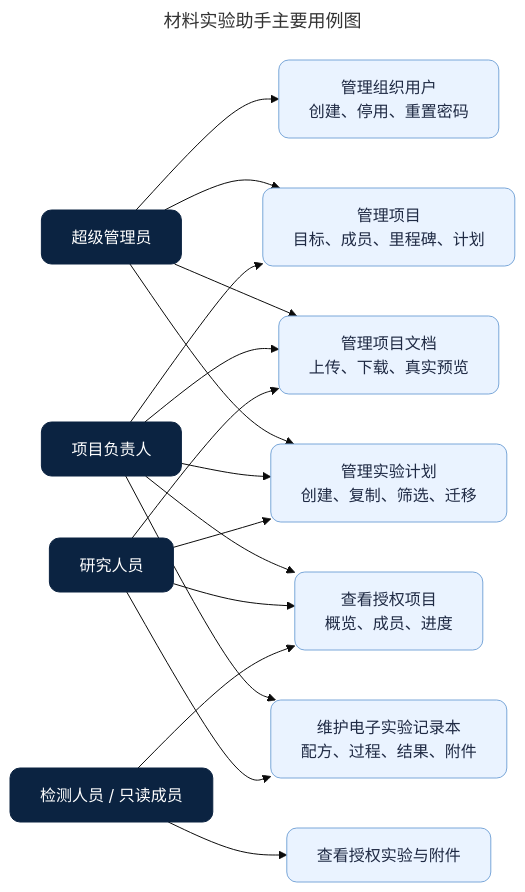
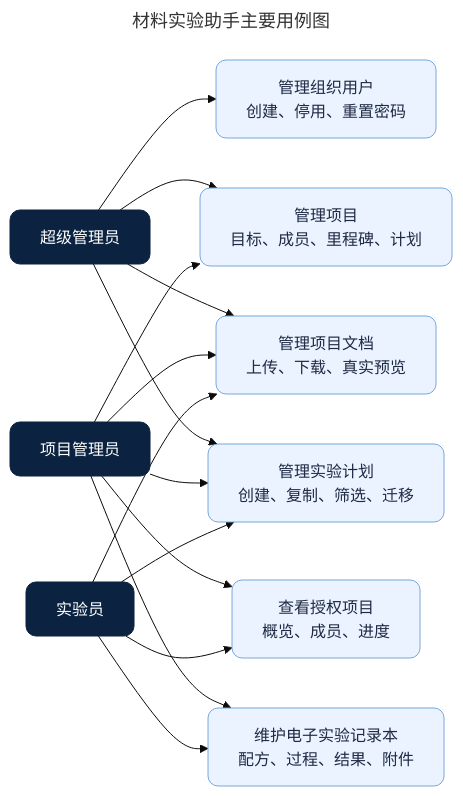
One commit to bujiuzhi/labAssistant changed the second of 4 diagrams in docs/overview-design.md. Above: the diagram before and after it, drawn with Mermaid (base theme). The commit also changed other lines of this file and 89 other files, not shown here.

````diff
--- a/docs/overview-design.md
+++ b/docs/overview-design.md
@@ -109,37 +110,32 @@
 ```mermaid
 ---
 title: 材料实验助手主要用例图
 ---
 flowchart LR
     Admin["超级管理员"]:::actor
-    Manager["项目负责人"]:::actor
-    Researcher["研究人员"]:::actor
-    Inspector["检测人员 / 只读成员"]:::actor
+    Manager["项目管理员"]:::actor
+    Researcher["实验员"]:::actor
 
     UserAdmin["管理组织用户<br/>创建、停用、重置密码"]:::usecase
     ProjectAdmin["管理项目<br/>目标、成员、里程碑、计划"]:::usecase
     ProjectRead["查看授权项目<br/>概览、成员、进度"]:::usecase
     Document["管理项目文档<br/>上传、下载、真实预览"]:::usecase
     Experiment["管理实验计划<br/>创建、复制、筛选、迁移"]:::usecase
     Eln["维护电子实验记录本<br/>配方、过程、结果、附件"]:::usecase
-    ExperimentRead["查看授权实验与附件"]:::usecase
 
     Admin --> UserAdmin
     Admin --> ProjectAdmin
     Admin --> Document
     Admin --> Experiment
     Manager --> ProjectAdmin
     Manager --> ProjectRead
     Manager --> Document
     Manager --> Experiment
     Manager --> Eln
     Researcher --> ProjectRead
     Researcher --> Document
     Researcher --> Experiment
     Researcher --> Eln
-    Inspector --> ProjectRead
-    Inspector --> ExperimentRead
-
     classDef actor fill:#0B2341,stroke:#0B2341,stroke-width:1px,color:#FFFFFF,rx:10,ry:10;
     classDef usecase fill:#EAF3FF,stroke:#7AA7D9,stroke-width:1px,color:#1F2A44,rx:10,ry:10;
 ```
````
